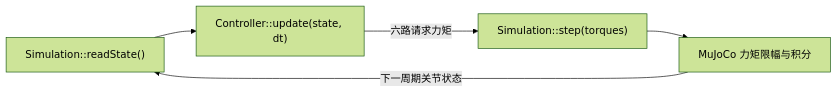
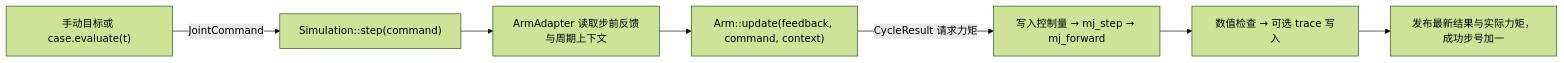
The diagram in docs/architecture.md (pumpkin678/SimLab-Arm), drawn with Mermaid (forest theme) before and after one commit. The commit also changed other lines of this file and 14 other files, not shown here.

````diff
--- a/docs/architecture.md
+++ b/docs/architecture.md
@@ -22,7 +27,9 @@
 ```mermaid
 flowchart LR
-    F["Simulation::readState()"] --> C["Controller::update(state, dt)"]
-    C -->|六路请求力矩| S["Simulation::step(torques)"]
-    S --> P["MuJoCo 力矩限幅与积分"]
-    P -->|下一周期关节状态| F
+    R["手动目标或 case.evaluate(t)"] -->|JointCommand| S["Simulation::step(command)"]
+    S --> F["ArmAdapter 读取步前反馈与周期上下文"]
+    F --> A["Arm::update(feedback, command, context)"]
+    A -->|CycleResult 请求力矩| P["写入控制量 → mj_step → mj_forward"]
+    P --> T["数值检查 → 可选 trace 写入"]
+    T --> C["发布最新结果与实际力矩，成功步号加一"]
 ```
````
